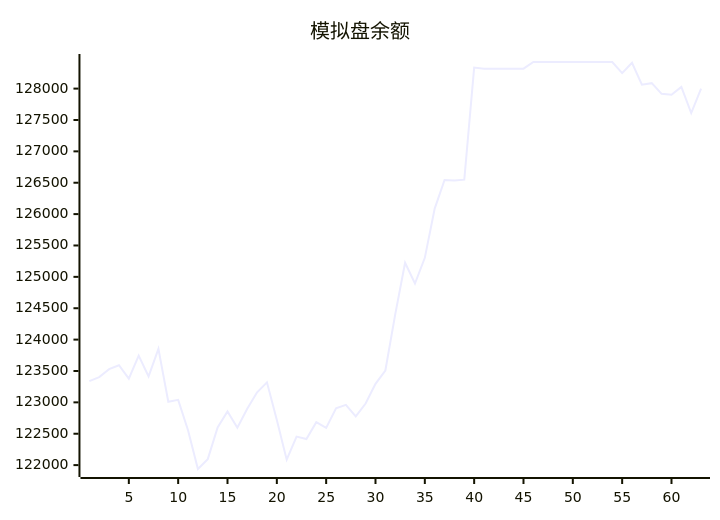
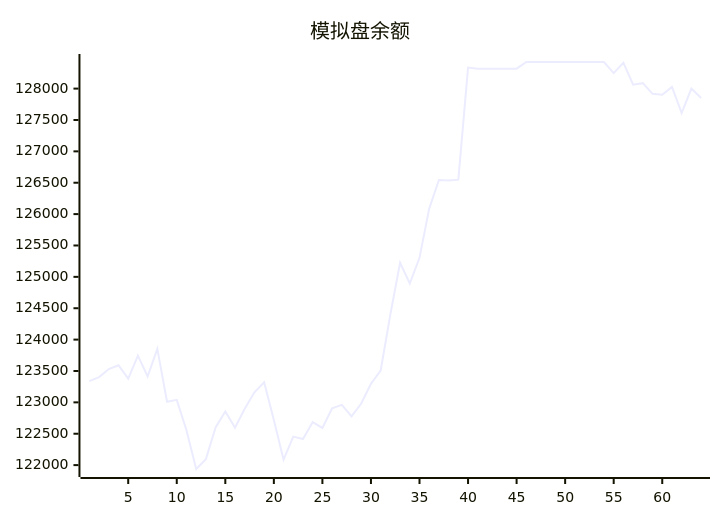
One commit to aahl/mcp-aktools changed the diagram in trading/README.md. Above: the diagram before and after it, drawn with Mermaid. The commit also changed other lines of this file and 1 other file, not shown here.

````diff
--- a/trading/README.md
+++ b/trading/README.md
@@ -3,5 +3,5 @@
 ```mermaid
 xychart
     title "模拟盘余额"
-    line [123338,123402,123530,123592,123378,123745,123413,123853,123009,123040,122557,121938,122095,122599,122856,122597,122898,123160,123319,122719,122087,122454,122416,122685,122592,122907,122961,122776,122981,123295,123507,124403,125224,124894,125303,126088,126544,126534,126549,128335,128318,128318,128318,128318,128318,128424,128424,128424,128424,128424,128424,128424,128424,128424,128247,128412,128062,128087,127917,127901,128026,127611,128000]
+    line [123338,123402,123530,123592,123378,123745,123413,123853,123009,123040,122557,121938,122095,122599,122856,122597,122898,123160,123319,122719,122087,122454,122416,122685,122592,122907,122961,122776,122981,123295,123507,124403,125224,124894,125303,126088,126544,126534,126549,128335,128318,128318,128318,128318,128318,128424,128424,128424,128424,128424,128424,128424,128424,128424,128247,128412,128062,128087,127917,127901,128026,127611,128000,127850]
 ```
````
